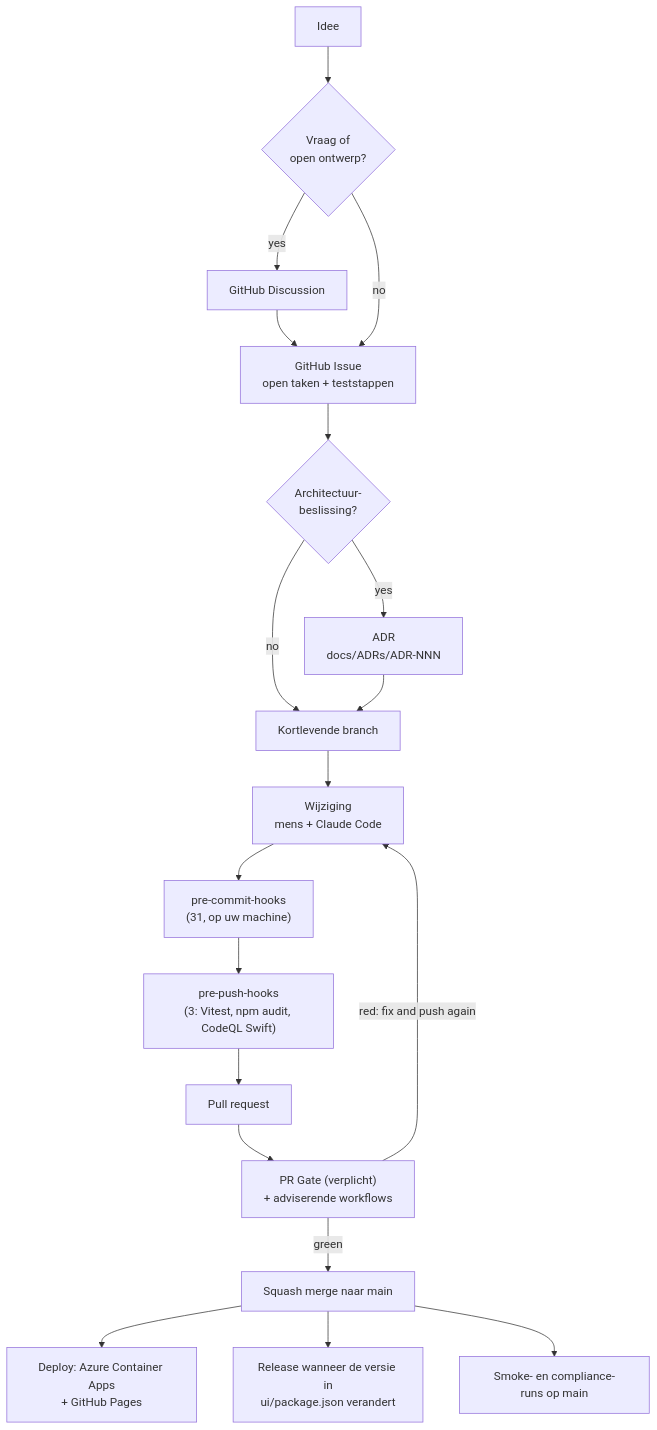
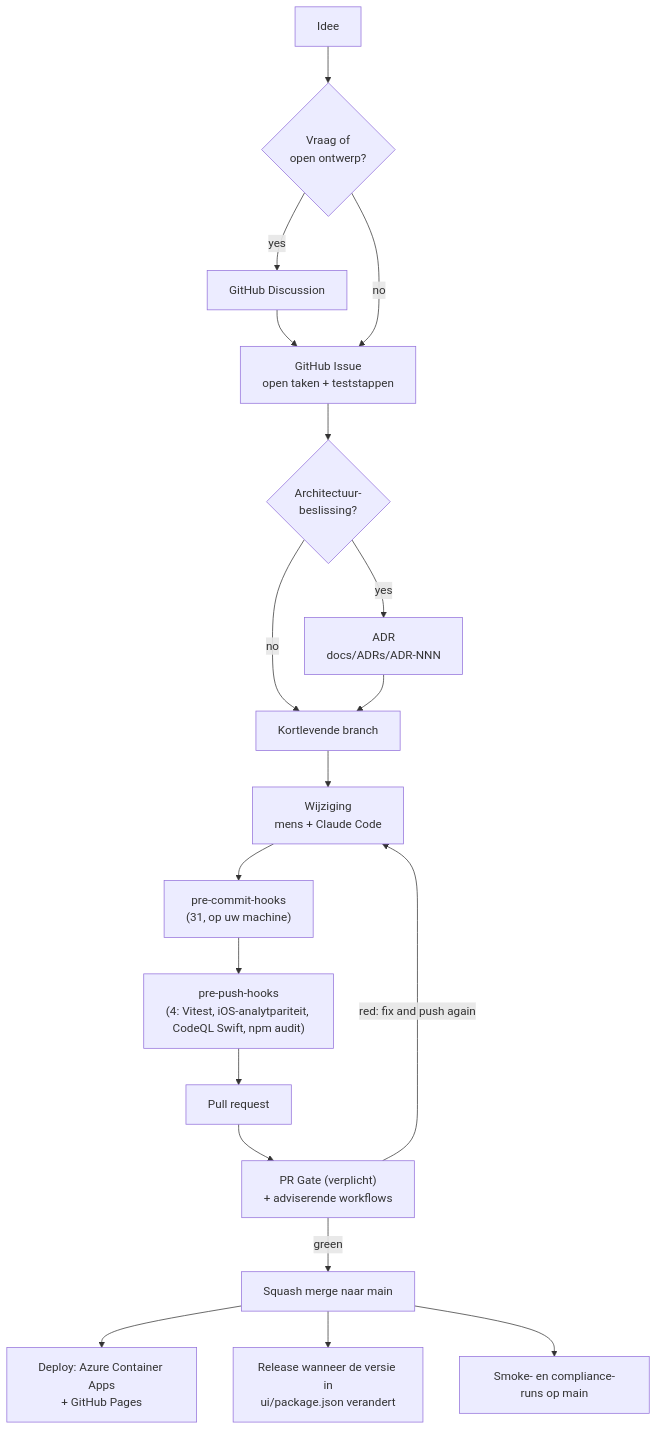
Before and after one commit to ma3u/MinimumViableHealthDataspacev2: the diagram in docs/i18n/nl/SDLC.md, drawn with Mermaid. The commit also changed other lines of this file and 56 other files, not shown here.

````diff
--- a/docs/i18n/nl/SDLC.md
+++ b/docs/i18n/nl/SDLC.md
@@ -72,21 +72,21 @@
 ```mermaid
 flowchart TD
     A["Idee"] --> Q{"Vraag of<br/>open ontwerp?"}
     Q -- yes --> DI["GitHub Discussion"]
     DI --> I
     Q -- no --> I["GitHub Issue<br/>open taken + teststappen"]
     I --> B{"Architectuur-<br/>beslissing?"}
     B -- yes --> C["ADR<br/>docs/ADRs/ADR-NNN"]
     B -- no --> D["Kortlevende branch"]
     C --> D
     D --> E["Wijziging<br/>mens + Claude Code"]
     E --> F["pre-commit-hooks<br/>(31, op uw machine)"]
-    F --> P["pre-push-hooks<br/>(3: Vitest, npm audit, CodeQL Swift)"]
+    F --> P["pre-push-hooks<br/>(4: Vitest, iOS-analytpariteit, CodeQL Swift, npm audit)"]
     P --> G["Pull request"]
     G --> H["PR Gate (verplicht)<br/>+ adviserende workflows"]
     H -- "red: fix and push again" --> E
     H -- "green" --> M["Squash merge naar main"]
     M --> K["Deploy: Azure Container Apps<br/>+ GitHub Pages"]
     M --> R["Release wanneer de versie in<br/>ui/package.json verandert"]
     M --> S["Smoke- en compliance-runs op main"]
 ```
````
